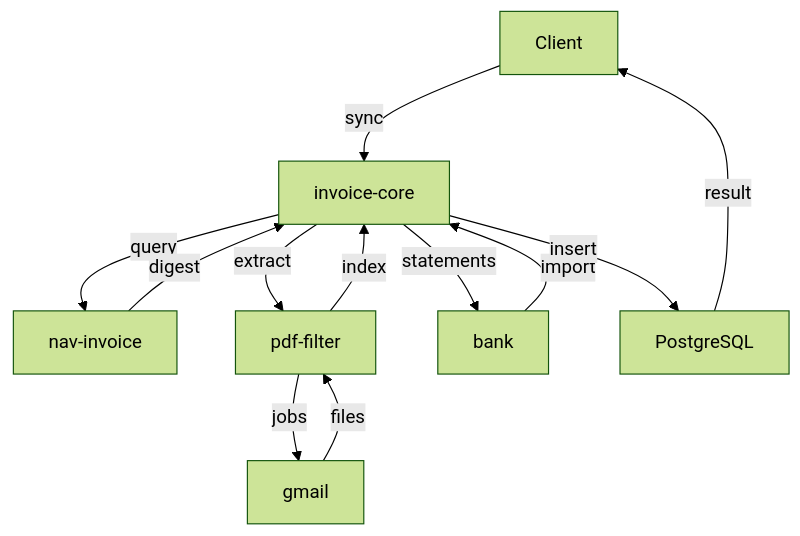
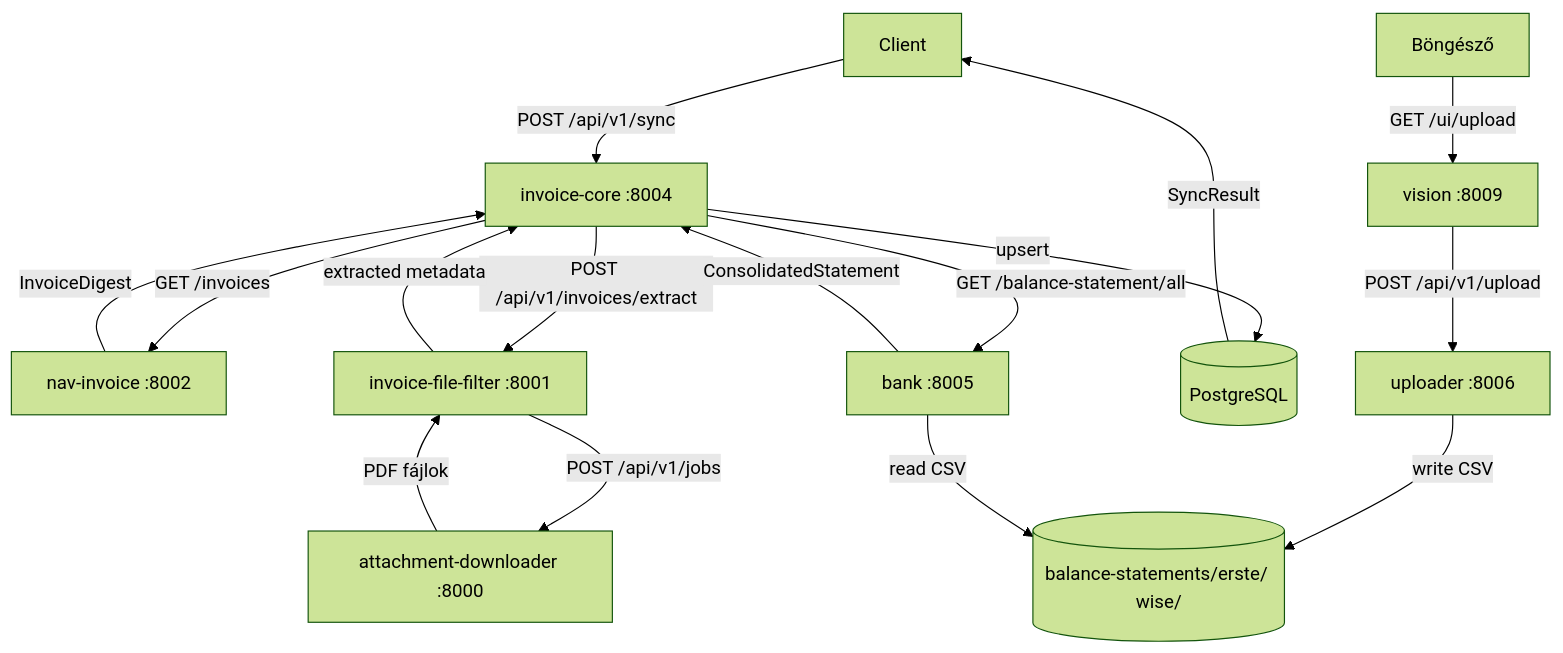
One commit to graphtrek/tiro changed the diagram in moneypenny/INDEX.md. Above: the diagram before and after it, drawn with Mermaid (forest theme). The commit also changed other lines of this file and 30 other files, not shown here.

Commit message:
Add uploader functionality with file upload, listing, and deletion

````diff
--- a/moneypenny/INDEX.md
+++ b/moneypenny/INDEX.md
@@ -178,14 +193,19 @@
 ```mermaid
 flowchart TD
-    C[Client] -->|sync| SD[invoice-core]
-    SD -->|query| NAV[nav-invoice]
-    NAV -->|digest| SD
-    SD -->|extract| IFF[pdf-filter]
-    IFF -->|jobs| AD[gmail]
-    AD -->|files| IFF
-    IFF -->|index| SD
-    SD -->|statements| W[bank]
-    W -->|import| SD
-    SD -->|insert| DB[PostgreSQL]
-    DB -->|result| C
+    C[Client] -->|POST /api/v1/sync| SD[invoice-core :8004]
+    SD -->|GET /invoices| NAV[nav-invoice :8002]
+    NAV -->|InvoiceDigest| SD
+    SD -->|POST /api/v1/invoices/extract| IFF[invoice-file-filter :8001]
+    IFF -->|POST /api/v1/jobs| AD[attachment-downloader :8000]
+    AD -->|PDF fájlok| IFF
+    IFF -->|extracted metadata| SD
+    SD -->|GET /balance-statement/all| BK[bank :8005]
+    BK -->|ConsolidatedStatement| SD
+    SD -->|upsert| DB[(PostgreSQL)]
+    DB -->|SyncResult| C
+
+    B[Böngésző] -->|GET /ui/upload| V[vision :8009]
+    V -->|POST /api/v1/upload| UP[uploader :8006]
+    UP -->|write CSV| FS[(balance-statements/erste/ wise/)]
+    BK -->|read CSV| FS
 ```
````
